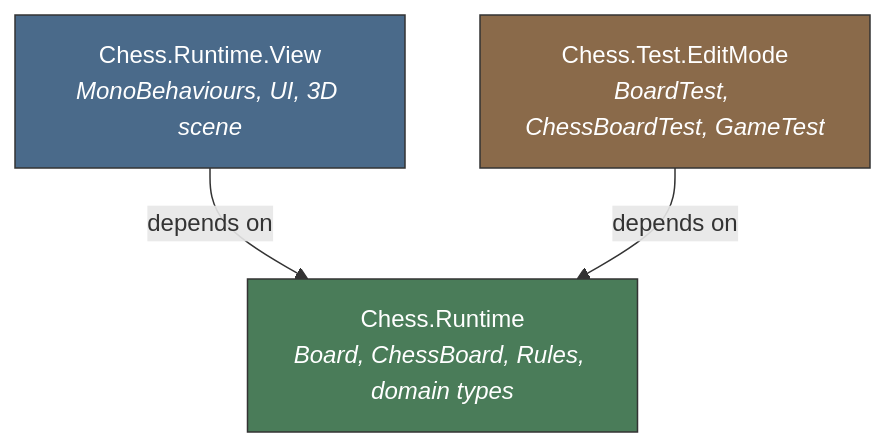
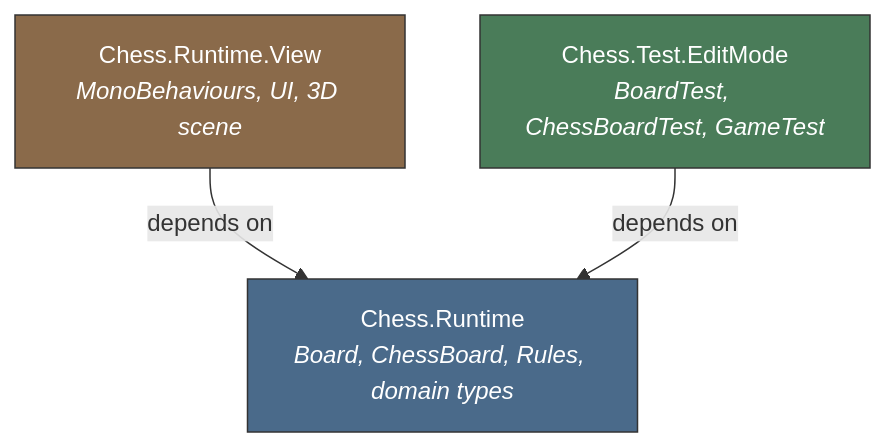
One commit to EgillAntonsson/chess changed the diagram in README.md. Above: the diagram before and after it, drawn with Mermaid. The commit also changed other lines of this file, not shown here.

````diff
--- a/README.md
+++ b/README.md
@@ -11,13 +11,13 @@
 ```mermaid
 graph TD
     View["Chess.Runtime.View<br/><i>MonoBehaviours, UI, 3D scene</i>"]
     Domain["Chess.Runtime<br/><i>Board, ChessBoard, Rules, domain types</i>"]
     Tests["Chess.Test.EditMode<br/><i>BoardTest, ChessBoardTest, GameTest</i>"]
 
     View -->|depends on| Domain
     Tests -->|depends on| Domain
 
-    style Domain fill:#4a7c59,stroke:#333,color:#fff
-    style View fill:#4a6a8a,stroke:#333,color:#fff
-    style Tests fill:#8a6a4a,stroke:#333,color:#fff
+    style Domain fill:#4a6a8a,stroke:#333,color:#fff
+    style View fill:#8a6a4a,stroke:#333,color:#fff
+    style Tests fill:#4a7c59,stroke:#333,color:#fff
 ```
````
